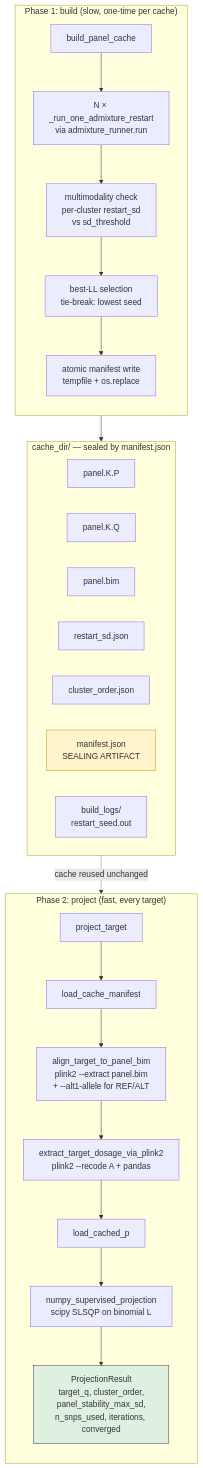
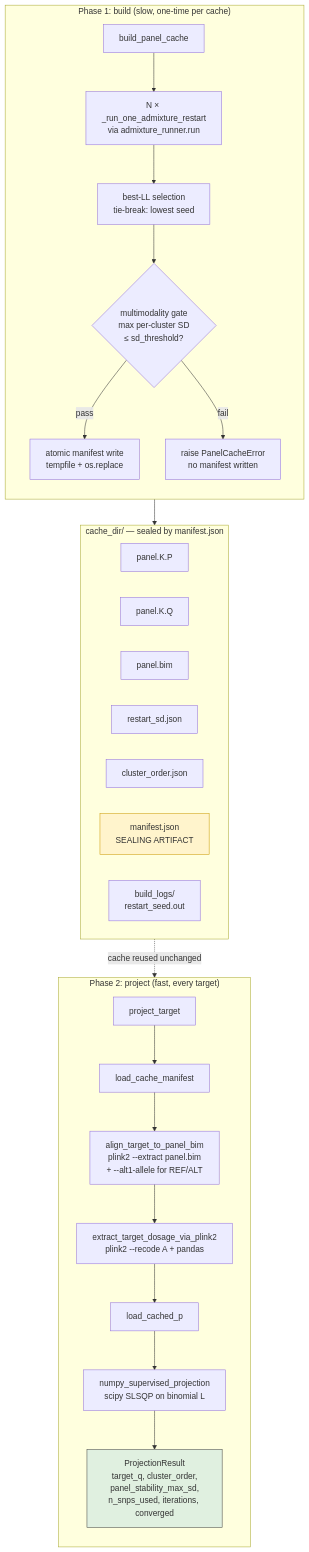
The second of 4 diagrams in DEVELOPMENT.md (carstenerickson/admixture-cache), drawn with Mermaid before and after one commit. The commit also changed other lines of this file and 2 other files, not shown here.

````diff
--- a/DEVELOPMENT.md
+++ b/DEVELOPMENT.md
@@ -93,39 +93,40 @@
 ```mermaid
 flowchart TD
     subgraph Phase1["Phase 1: build (slow, one-time per cache)"]
         direction TB
         BPC[build_panel_cache] --> RUN[N × _run_one_admixture_restart<br/>via admixture_runner.run]
-        RUN --> MULTI[multimodality check<br/>per-cluster restart_sd<br/>vs sd_threshold]
-        MULTI --> BEST[best-LL selection<br/>tie-break: lowest seed]
-        BEST --> WRITE[atomic manifest write<br/>tempfile + os.replace]
+        RUN --> BEST[best-LL selection<br/>tie-break: lowest seed]
+        BEST --> MULTI{multimodality gate<br/>max per-cluster SD<br/>≤ sd_threshold?}
+        MULTI -->|pass| WRITE[atomic manifest write<br/>tempfile + os.replace]
+        MULTI -->|fail| RAISE[raise PanelCacheError<br/>no manifest written]
     end
 
     subgraph Cache["cache_dir/ — sealed by manifest.json"]
         direction LR
         PFILE["panel.K.P"]
         QFILE["panel.K.Q"]
         BIM["panel.bim"]
         SDJ["restart_sd.json"]
         COJ["cluster_order.json"]
         MAN["manifest.json<br/>SEALING ARTIFACT"]
         LOGS["build_logs/<br/>restart_seed.out"]
     end
 
     subgraph Phase2["Phase 2: project (fast, every target)"]
         direction TB
         PT[project_target] --> LM[load_cache_manifest]
         LM --> AL["align_target_to_panel_bim<br/>plink2 --extract panel.bim<br/>+ --alt1-allele for REF/ALT"]
         AL --> EX["extract_target_dosage_via_plink2<br/>plink2 --recode A + pandas"]
         EX --> LP[load_cached_p]
         LP --> NSP["numpy_supervised_projection<br/>scipy SLSQP on binomial L"]
         NSP --> PR["ProjectionResult<br/>target_q, cluster_order,<br/>panel_stability_max_sd,<br/>n_snps_used, iterations, converged"]
     end
 
     WRITE --> Cache
     Cache -.cache reused unchanged.-> LM
 
     classDef seal fill:#fff4cc,stroke:#cc9900
     class MAN seal
     classDef result fill:#e0f0e0,stroke:#444
     class PR result
 ```
````
